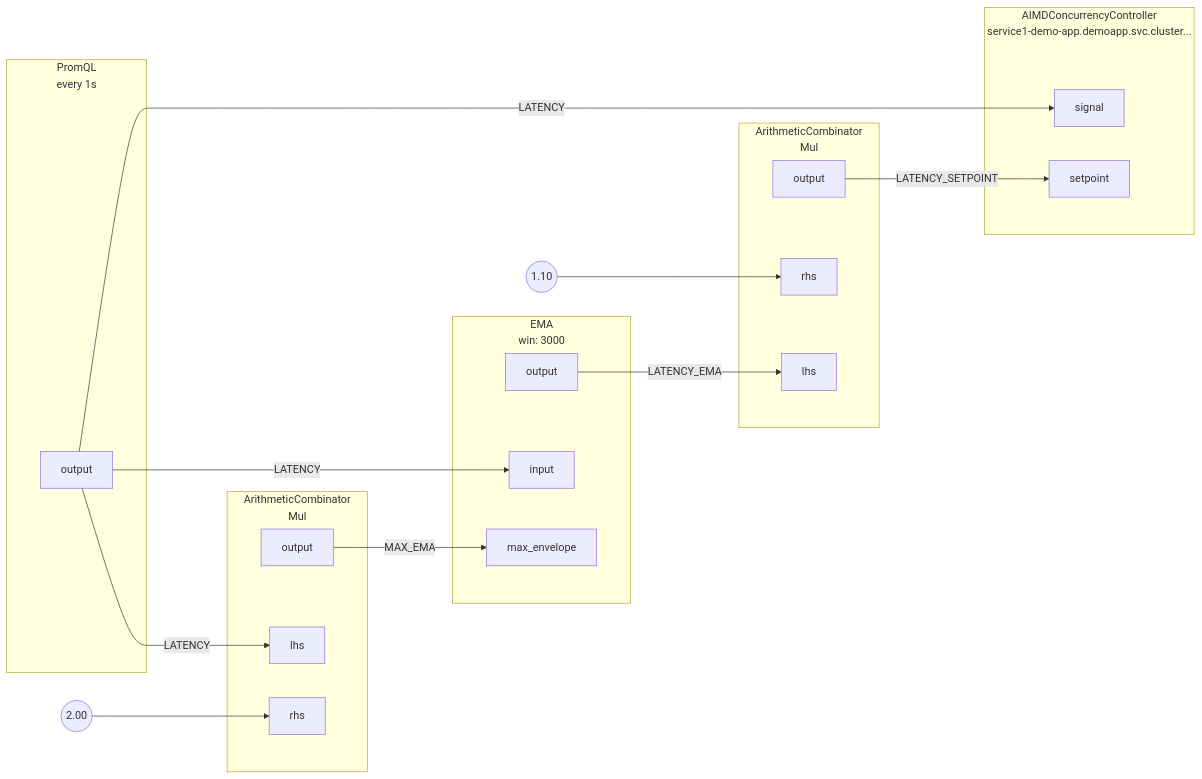
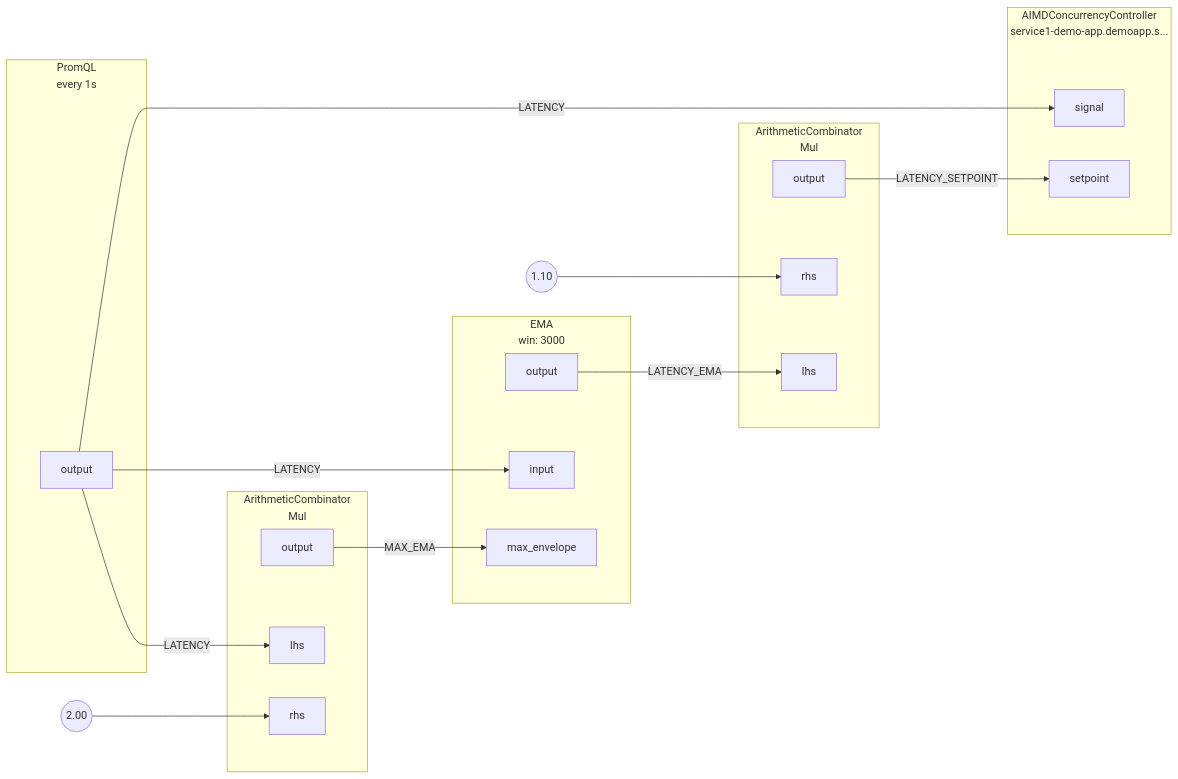
One commit to fluxninja/aperture changed the diagram in docs/content/tutorials/integrations/flow-control/concurrency-limiting/assets/basic-concurrency-limiting/basic-concurrency-limiting.mmd. Above: the diagram before and after it, drawn with Mermaid. The commit also changed 18 other files, not shown here.

```diff
--- a/docs/content/tutorials/integrations/flow-control/concurrency-limiting/assets/basic-concurrency-limiting/basic-concurrency-limiting.mmd
+++ b/docs/content/tutorials/integrations/flow-control/concurrency-limiting/assets/basic-concurrency-limiting/basic-concurrency-limiting.mmd
@@ -1,60 +1,60 @@
 flowchart LR
 subgraph root.0[<center>PromQL<br/>every 1s</center>]
 subgraph root.0_outports[ ]
 style root.0_outports fill:none,stroke:none
 root.0output[output]
 end
 end
 FakeConstant0((2.00))
 FakeConstant0 --> root.1rhs
 subgraph root.1[<center>ArithmeticCombinator<br/>Mul</center>]
 subgraph root.1_inports[ ]
 style root.1_inports fill:none,stroke:none
 root.1lhs[lhs]
 root.1rhs[rhs]
 end
 subgraph root.1_outports[ ]
 style root.1_outports fill:none,stroke:none
 root.1output[output]
 end
 end
 FakeConstant1((1.10))
 FakeConstant1 --> root.2rhs
 subgraph root.2[<center>ArithmeticCombinator<br/>Mul</center>]
 subgraph root.2_inports[ ]
 style root.2_inports fill:none,stroke:none
+root.2rhs[rhs]
 root.2lhs[lhs]
-root.2rhs[rhs]
 end
 subgraph root.2_outports[ ]
 style root.2_outports fill:none,stroke:none
 root.2output[output]
 end
 end
 subgraph root.3[<center>EMA<br/>win: 3000</center>]
 subgraph root.3_inports[ ]
 style root.3_inports fill:none,stroke:none
 root.3input[input]
 root.3max_envelope[max_envelope]
 end
 subgraph root.3_outports[ ]
 style root.3_outports fill:none,stroke:none
 root.3output[output]
 end
 end
-subgraph root.4[<center>AIMDConcurrencyController<br/>service1-demo-app.demoapp.svc.cluster...</center>]
+subgraph root.4[<center>AIMDConcurrencyController<br/>service1-demo-app.demoapp.s...</center>]
 subgraph root.4_inports[ ]
 style root.4_inports fill:none,stroke:none
+root.4setpoint[setpoint]
 root.4signal[signal]
-root.4setpoint[setpoint]
 end
 subgraph root.4_outports[ ]
 style root.4_outports fill:none,stroke:none
 end
 end
 root.0output --> |LATENCY| root.1lhs
 root.0output --> |LATENCY| root.3input
 root.0output --> |LATENCY| root.4signal
 root.1output --> |MAX_EMA| root.3max_envelope
 root.2output --> |LATENCY_SETPOINT| root.4setpoint
 root.3output --> |LATENCY_EMA| root.2lhs
```
